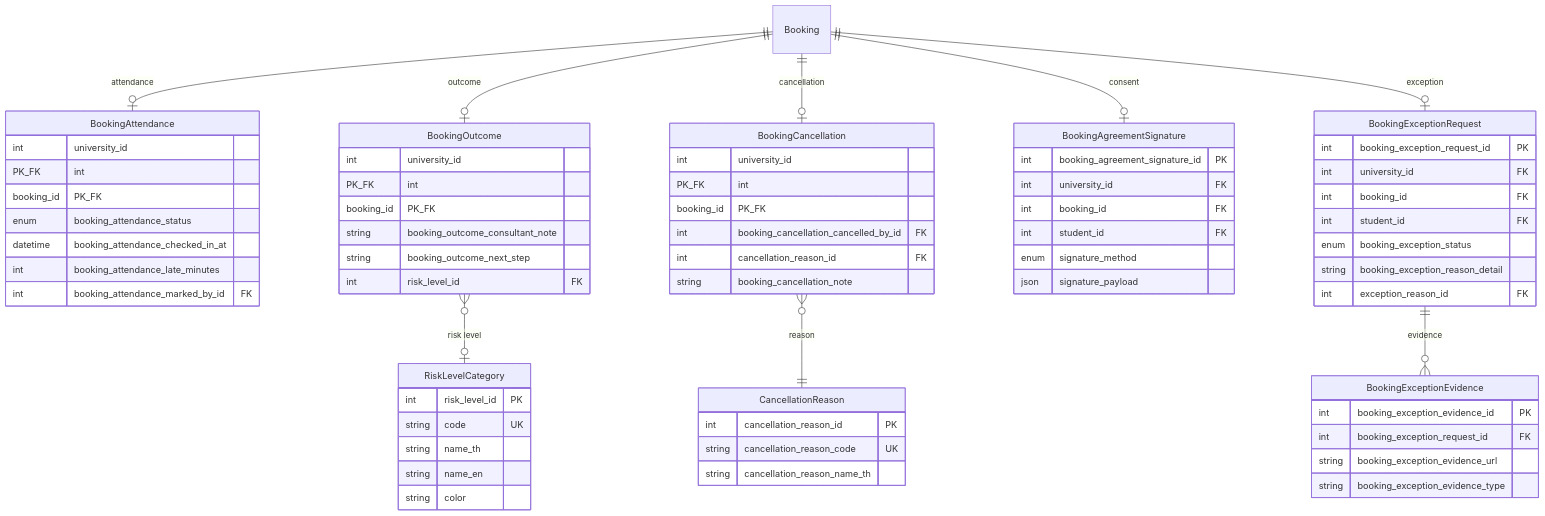
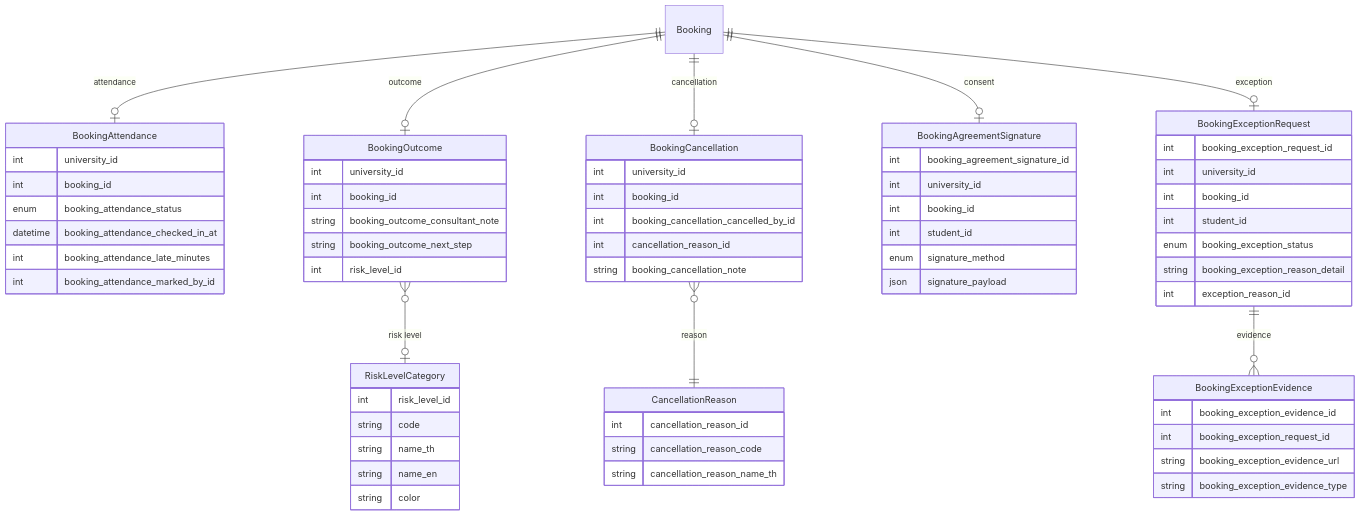
Before and after one commit to BeelzebubCode/wellness-demo1: the sixth of 12 diagrams in prisma/README.md, drawn with Mermaid. The commit also changed other lines of this file, not shown here.

Commit message:
fix: remove PK/FK annotations from Mermaid ERD for GitHub compatibility

````diff
--- a/prisma/README.md
+++ b/prisma/README.md
@@ -366,76 +366,76 @@
 ```mermaid
 erDiagram
     Booking ||--o| BookingAttendance : "attendance"
     Booking ||--o| BookingOutcome : "outcome"
     Booking ||--o| BookingCancellation : "cancellation"
     Booking ||--o| BookingAgreementSignature : "consent"
     Booking ||--o| BookingExceptionRequest : "exception"
     BookingExceptionRequest ||--o{ BookingExceptionEvidence : "evidence"
     BookingOutcome }o--o| RiskLevelCategory : "risk level"
     BookingCancellation }o--|| CancellationReason : "reason"
 
     BookingAttendance {
-        int university_id PK_FK
-        int booking_id PK_FK
+        int university_id
+        int booking_id
         enum booking_attendance_status
         datetime booking_attendance_checked_in_at
         int booking_attendance_late_minutes
-        int booking_attendance_marked_by_id FK
+        int booking_attendance_marked_by_id
     }
 
     BookingOutcome {
-        int university_id PK_FK
-        int booking_id PK_FK
+        int university_id
+        int booking_id
         string booking_outcome_consultant_note
         string booking_outcome_next_step
-        int risk_level_id FK
+        int risk_level_id
     }
 
     BookingCancellation {
-        int university_id PK_FK
-        int booking_id PK_FK
-        int booking_cancellation_cancelled_by_id FK
-        int cancellation_reason_id FK
+        int university_id
+        int booking_id
+        int booking_cancellation_cancelled_by_id
+        int cancellation_reason_id
         string booking_cancellation_note
     }
 
     BookingAgreementSignature {
-        int booking_agreement_signature_id PK
-        int university_id FK
-        int booking_id FK
-        int student_id FK
+        int booking_agreement_signature_id
+        int university_id
+        int booking_id
+        int student_id
         enum signature_method
         json signature_payload
     }
 
     BookingExceptionRequest {
-        int booking_exception_request_id PK
-        int university_id FK
-        int booking_id FK
-        int student_id FK
+        int booking_exception_request_id
+        int university_id
+        int booking_id
+        int student_id
         enum booking_exception_status
         string booking_exception_reason_detail
-        int exception_reason_id FK
+        int exception_reason_id
     }
 
     BookingExceptionEvidence {
-        int booking_exception_evidence_id PK
-        int booking_exception_request_id FK
+        int booking_exception_evidence_id
+        int booking_exception_request_id
         string booking_exception_evidence_url
         string booking_exception_evidence_type
     }
 
     RiskLevelCategory {
-        int risk_level_id PK
-        string code UK
+        int risk_level_id
+        string code
         string name_th
         string name_en
         string color
     }
 
     CancellationReason {
-        int cancellation_reason_id PK
-        string cancellation_reason_code UK
+        int cancellation_reason_id
+        string cancellation_reason_code
         string cancellation_reason_name_th
     }
 ```
````
